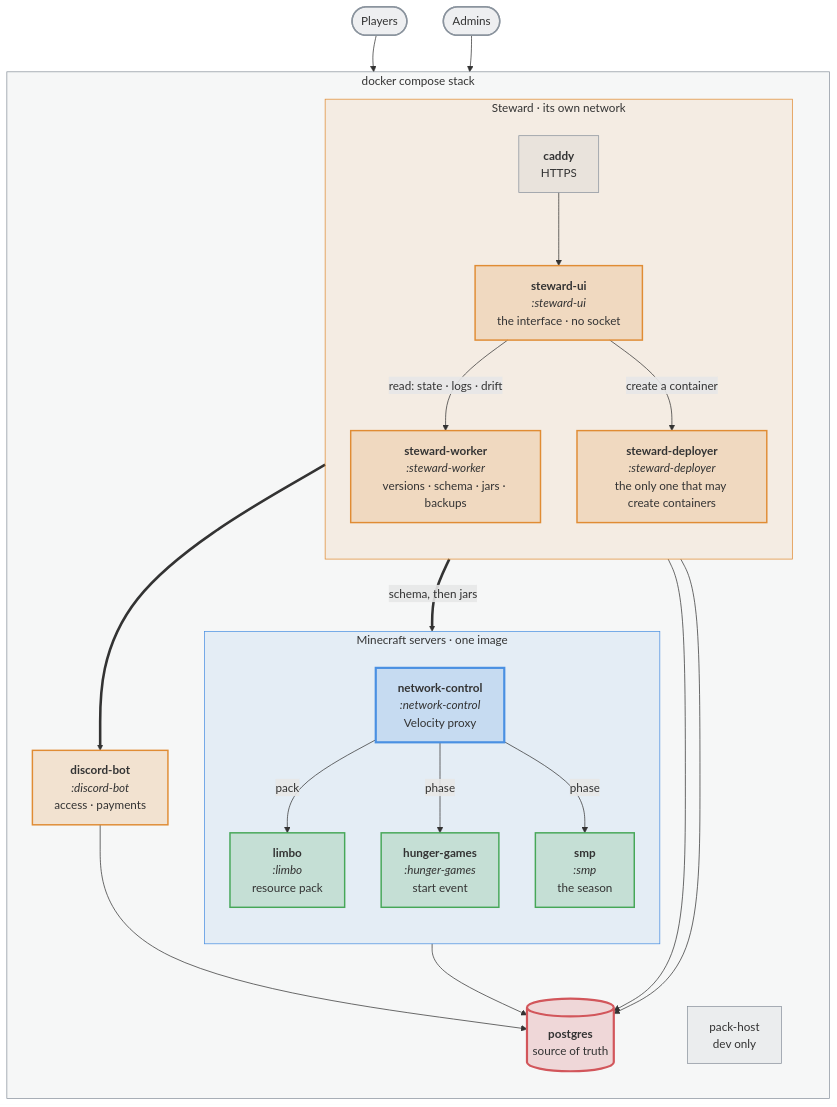
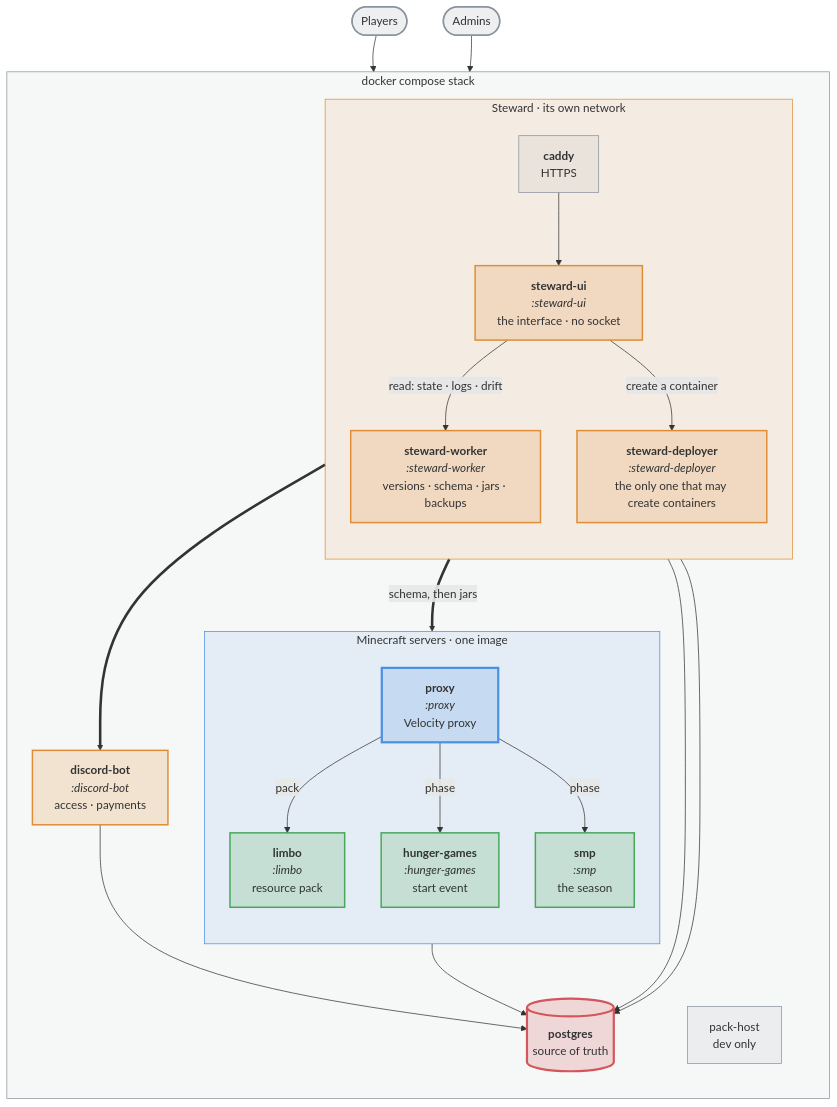
One commit to nordtal/season-2 changed the diagram in README.md. Above: the diagram before and after it, drawn with Mermaid. The commit also changed other lines of this file and 18 other files, not shown here.

````diff
--- a/README.md
+++ b/README.md
@@ -18,51 +36,51 @@
 ```mermaid
 %%{init: {'themeVariables': {'fontSize': '16px'}}}%%
 flowchart TB
     players(["Players"]):::ext --> NC
 
     subgraph stack["docker compose stack"]
         direction TB
         subgraph steward["Steward · its own network"]
             direction TB
             CADDY["<b>caddy</b><br/>HTTPS"]:::side
             UI["<b>steward-ui</b><br/><i>:steward-ui</i><br/>the interface · no socket"]:::app
             UPD["<b>steward-worker</b><br/><i>:steward-worker</i><br/>versions · schema · jars · backups"]:::app
             DEP["<b>steward-deployer</b><br/><i>:steward-deployer</i><br/>the only one that may create containers"]:::app
         end
         subgraph servers["Minecraft servers · one image"]
             direction TB
-            NC["<b>network-control</b><br/><i>:network-control</i><br/>Velocity proxy"]:::proxy
+            NC["<b>proxy</b><br/><i>:proxy</i><br/>Velocity proxy"]:::proxy
             LIMBO["<b>limbo</b><br/><i>:limbo</i><br/>resource pack"]:::paper
             HG["<b>hunger-games</b><br/><i>:hunger-games</i><br/>start event"]:::paper
             SMP["<b>smp</b><br/><i>:smp</i><br/>the season"]:::paper
         end
         BOT["<b>discord-bot</b><br/><i>:discord-bot</i><br/>access · payments"]:::app
         PG[("<b>postgres</b><br/>source of truth")]:::db
         PACKHOST["pack-host<br/>dev only"]:::side
     end
 
     admins(["Admins"]):::ext --> CADDY
     players ~~~ UPD
     CADDY --> UI
     UI -->|"read: state · logs · drift"| UPD
     UI -->|"create a container"| DEP
     UPD ==>|"schema, then jars"| servers
     UPD ==> BOT
     NC -->|"pack"| LIMBO
     NC -->|"phase"| HG
     NC -->|"phase"| SMP
     servers --> PG
     BOT --> PG
     UPD --> PG
     UI --> PG
 
     classDef ext fill:#8b949e26,stroke:#8b949e,stroke-width:2px
     classDef proxy fill:#4a90e233,stroke:#4a90e2,stroke-width:3px
     classDef paper fill:#46a75833,stroke:#46a758,stroke-width:2px
     classDef app fill:#e08c3433,stroke:#e08c34,stroke-width:2px
     classDef db fill:#d2565b33,stroke:#d2565b,stroke-width:3px
     classDef side fill:#8b949e1a,stroke:#8b949e,stroke-width:1px
     style stack fill:#8b949e14,stroke:#8b949e,stroke-width:1px
     style servers fill:#4a90e21a,stroke:#4a90e2,stroke-width:1px
     style steward fill:#e08c341a,stroke:#e08c34,stroke-width:1px
 ```
````
